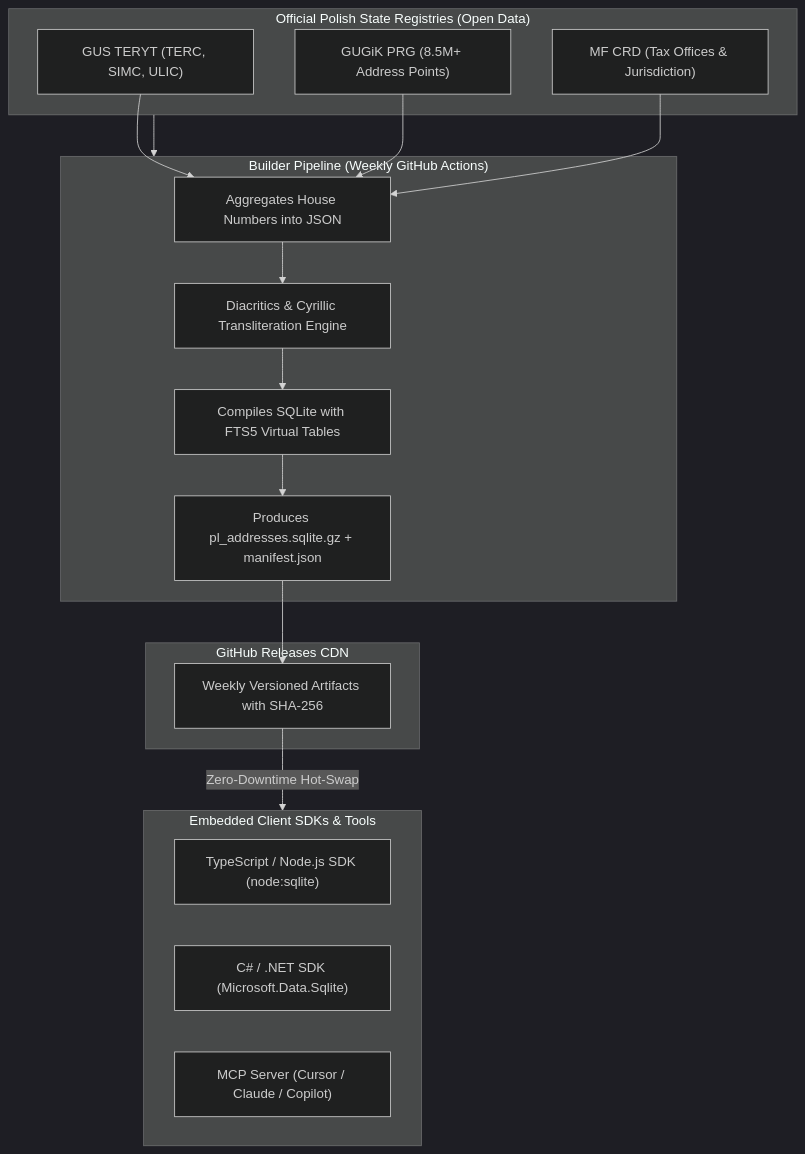
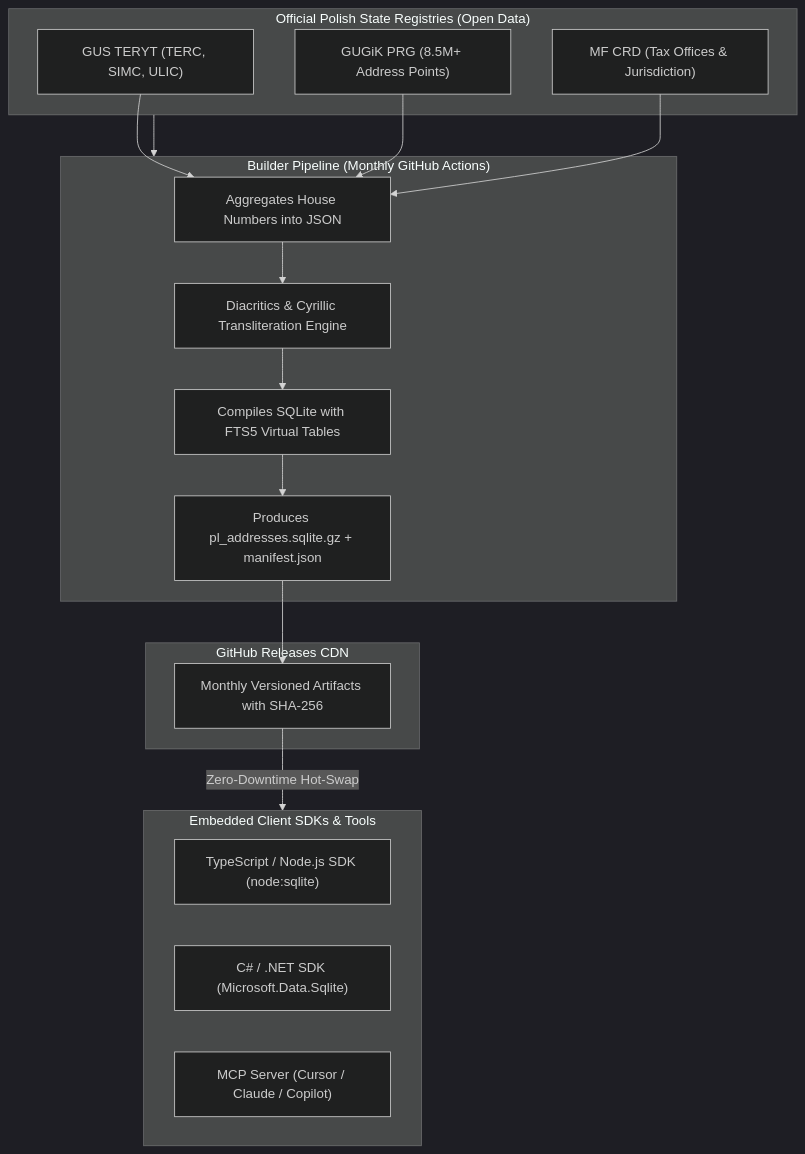
One commit to ZlamboV/open-pl-address changed the diagram in README.md. Above: the diagram before and after it, drawn with Mermaid (dark theme). The commit also changed other lines of this file and 5 other files, not shown here.

````diff
--- a/README.md
+++ b/README.md
@@ -35,33 +35,33 @@
 ```mermaid
 flowchart TD
     subgraph Registries["Official Polish State Registries (Open Data)"]
         GUS["GUS TERYT (TERC, SIMC, ULIC)"]
         PRG["GUGiK PRG (8.5M+ Address Points)"]
         MF["MF CRD (Tax Offices & Jurisdiction)"]
     end
 
-    subgraph Builder["Builder Pipeline (Weekly GitHub Actions)"]
+    subgraph Builder["Builder Pipeline (Monthly GitHub Actions)"]
         Agg["Aggregates House Numbers into JSON"]
         Norm["Diacritics & Cyrillic Transliteration Engine"]
         FTS["Compiles SQLite with FTS5 Virtual Tables"]
         Dist["Produces pl_addresses.sqlite.gz + manifest.json"]
     end
 
     subgraph Distribution["GitHub Releases CDN"]
-        CDN["Weekly Versioned Artifacts with SHA-256"]
+        CDN["Monthly Versioned Artifacts with SHA-256"]
     end
 
     subgraph Clients["Embedded Client SDKs & Tools"]
         TS["TypeScript / Node.js SDK (node:sqlite)"]
         CS["C# / .NET SDK (Microsoft.Data.Sqlite)"]
         MCP["MCP Server (Cursor / Claude / Copilot)"]
     end
 
     Registries --> Builder
     GUS --> Agg
     PRG --> Agg
     MF --> Agg
     Agg --> Norm --> FTS --> Dist
     Dist --> CDN
     CDN -->|Zero-Downtime Hot-Swap| Clients
 ```
````
